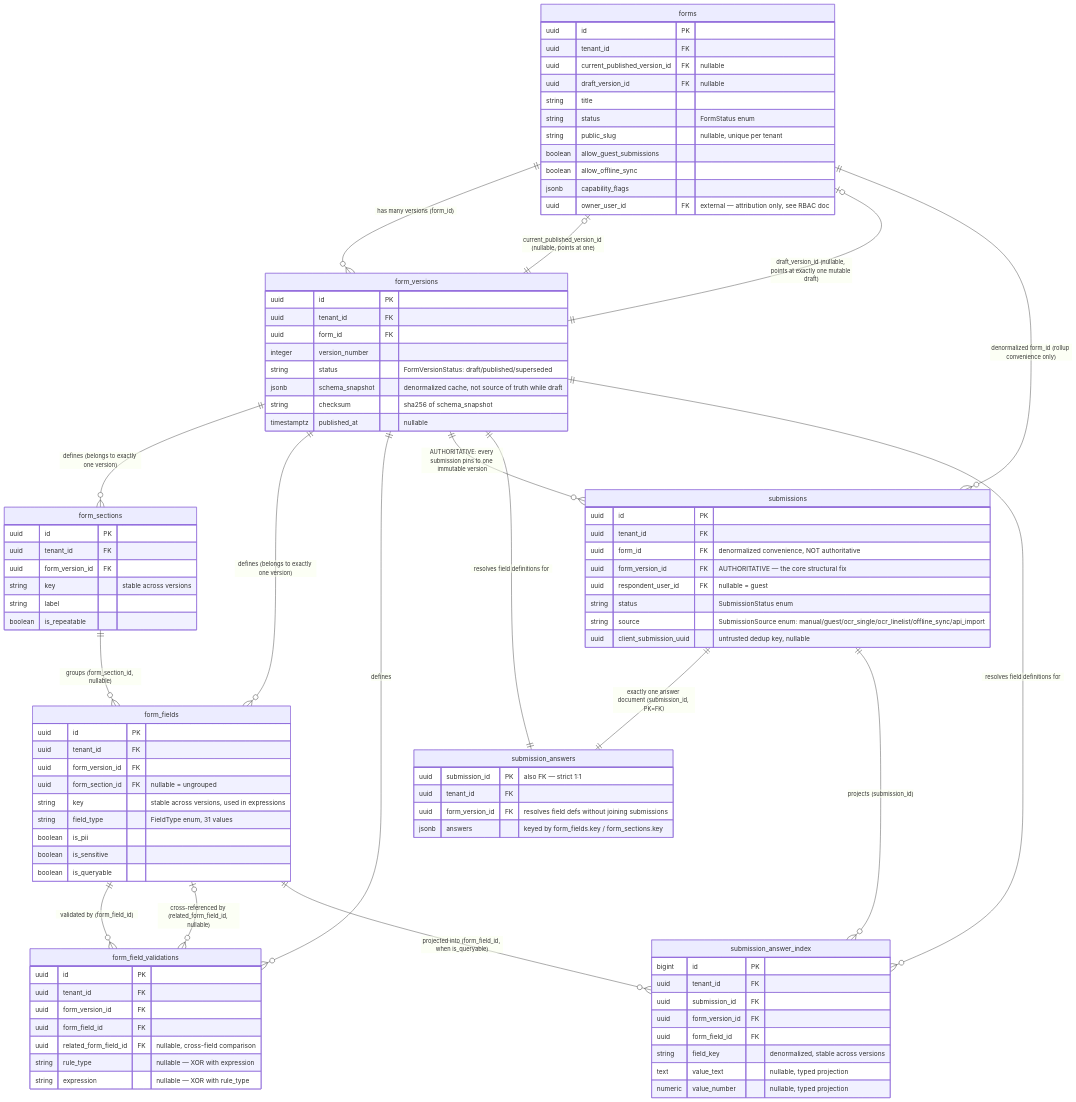
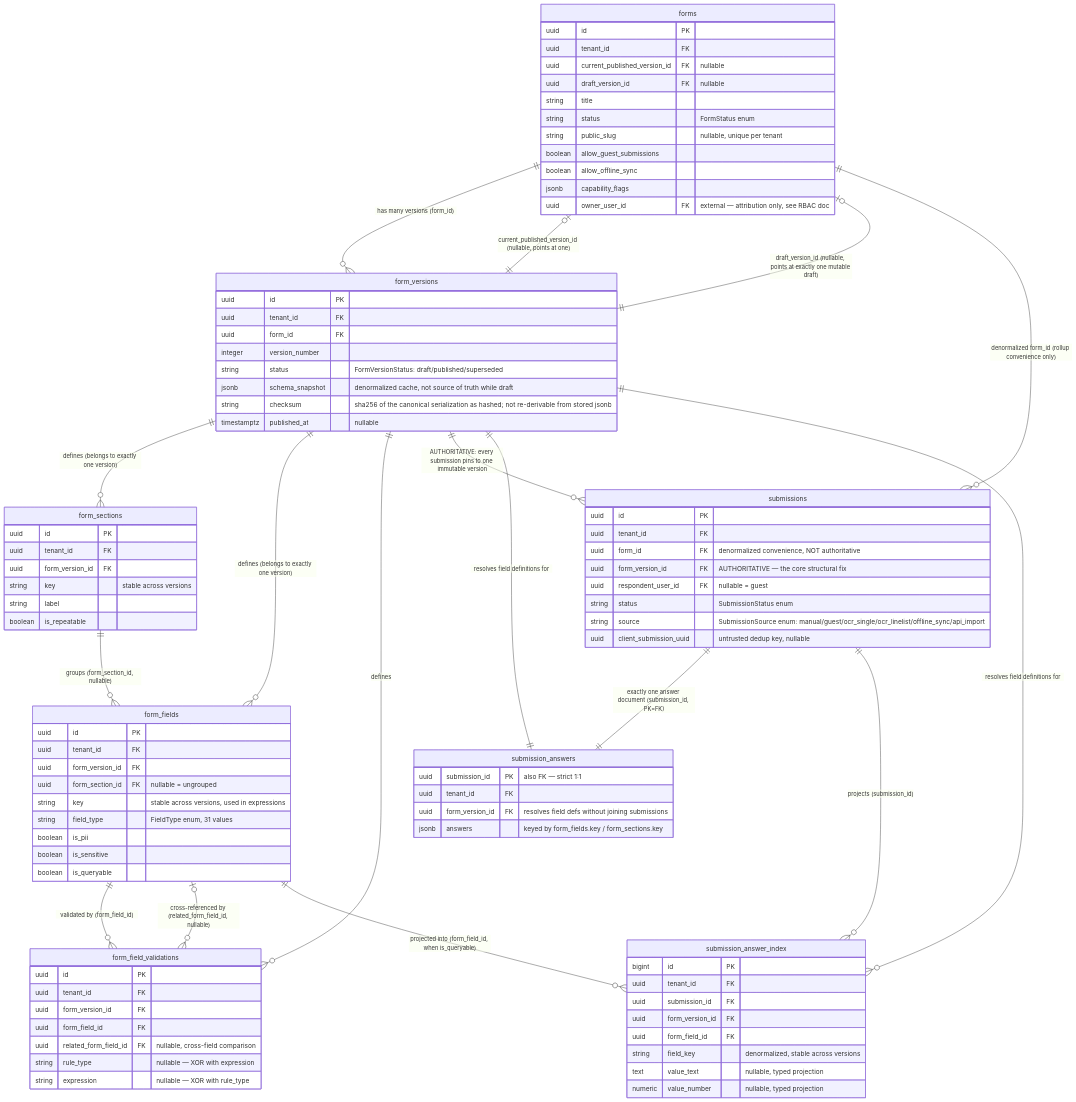
Before and after one commit to avincentpatrick/dev_formbuilder_app: the second of 2 diagrams in docs/erd.md, drawn with Mermaid. The commit also changed 27 other files, not shown here.

```diff
--- a/docs/erd.md
+++ b/docs/erd.md
@@ -123,7 +123,7 @@
         integer version_number
         string status "FormVersionStatus: draft/published/superseded"
         jsonb schema_snapshot "denormalized cache, not source of truth while draft"
-        string checksum "sha256 of schema_snapshot"
+        string checksum "sha256 of the canonical serialization as hashed; not re-derivable from stored jsonb"
         timestamptz published_at "nullable"
     }
 
```
